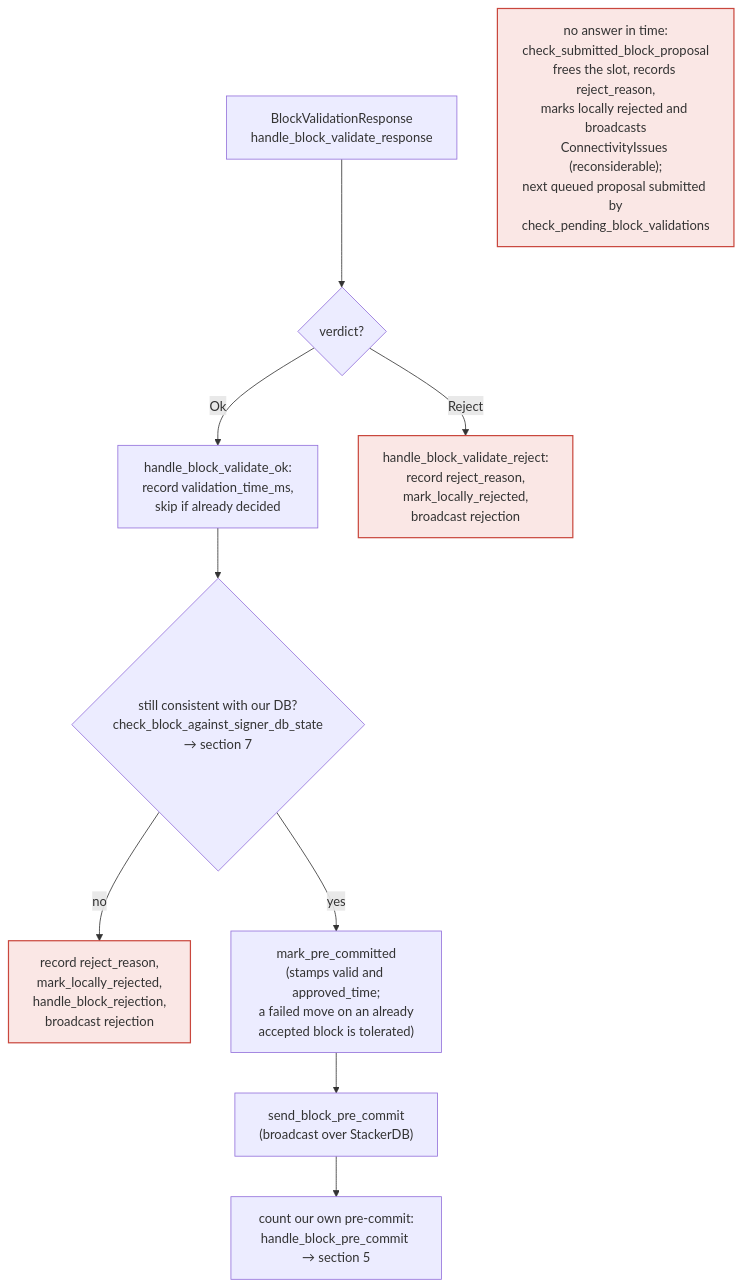
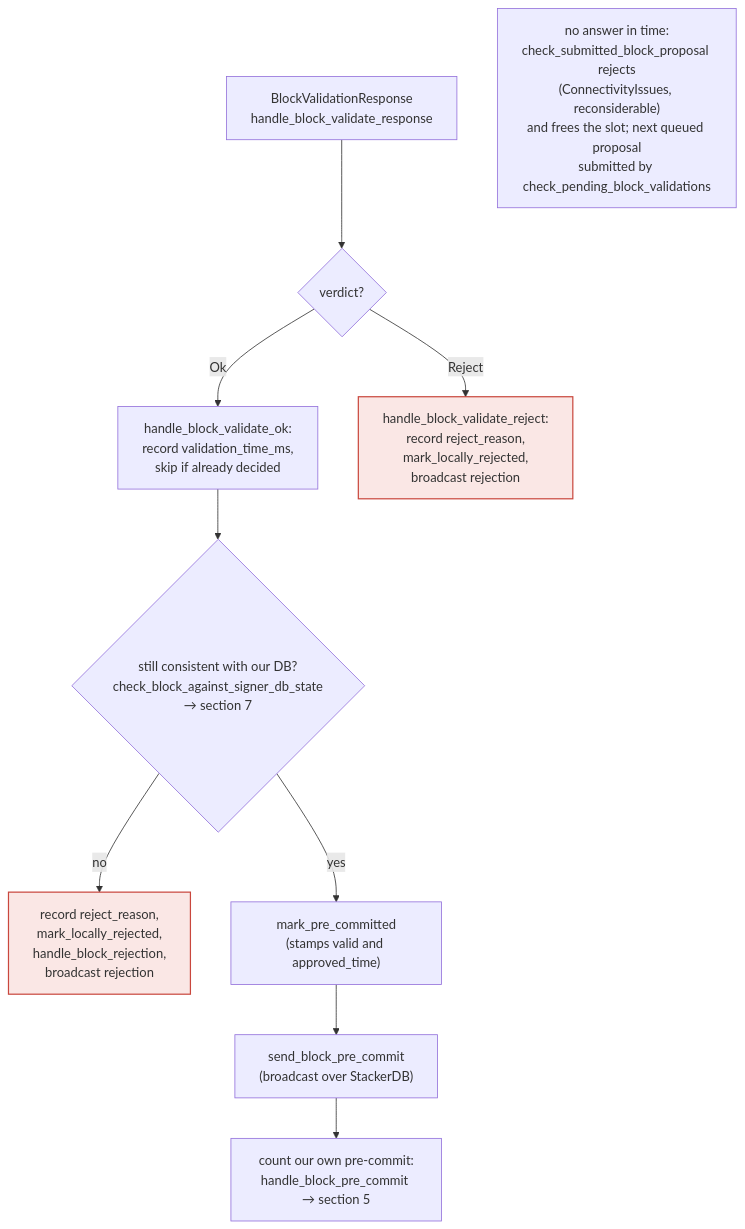
One commit to stacks-network/stacks-core changed the fifth of 9 diagrams in docs/signer-flows.md. Above: the diagram before and after it, drawn with Mermaid. The commit also changed other lines of this file and 6 other files, not shown here.

Commit message:
fix(signer): exclude the block under check in the signed-tip query, not after LIMIT 1

````diff
--- a/docs/signer-flows.md
+++ b/docs/signer-flows.md
@@ -247,13 +239,13 @@
 ```mermaid
 flowchart TB
     IN["BlockValidationResponse<br/>handle_block_validate_response"] --> OK{"verdict?"}
     OK -- "Ok" --> HVO["handle_block_validate_ok:<br/>record validation_time_ms,<br/>skip if already decided"]
     OK -- "Reject" --> HVR["handle_block_validate_reject:<br/>record reject_reason,<br/>mark_locally_rejected,<br/>broadcast rejection"]:::bad
     HVO --> RECHECK{"still consistent with our DB?<br/>check_block_against_signer_db_state<br/>→ section 7"}
     RECHECK -- no --> REJ["record reject_reason,<br/>mark_locally_rejected,<br/>handle_block_rejection,<br/>broadcast rejection"]:::bad
-    RECHECK -- yes --> PC["mark_pre_committed<br/>(stamps valid and approved_time;<br/>a failed move on an already<br/>accepted block is tolerated)"]
+    RECHECK -- yes --> PC["mark_pre_committed<br/>(stamps valid and approved_time)"]
     PC --> SEND["send_block_pre_commit<br/>(broadcast over StackerDB)"]
     SEND --> SELF["count our own pre-commit:<br/>handle_block_pre_commit → section 5"]
-    TIMEOUT["no answer in time:<br/>check_submitted_block_proposal<br/>frees the slot, records reject_reason,<br/>marks locally rejected and broadcasts<br/>ConnectivityIssues (reconsiderable);<br/>next queued proposal submitted by<br/>check_pending_block_validations"]:::bad
+    TIMEOUT["no answer in time:<br/>check_submitted_block_proposal rejects<br/>(ConnectivityIssues, reconsiderable)<br/>and frees the slot; next queued proposal<br/>submitted by check_pending_block_validations"]
     classDef bad fill:#d84a3f22,stroke:#c9473d,stroke-width:1.5px;
 ```
````
